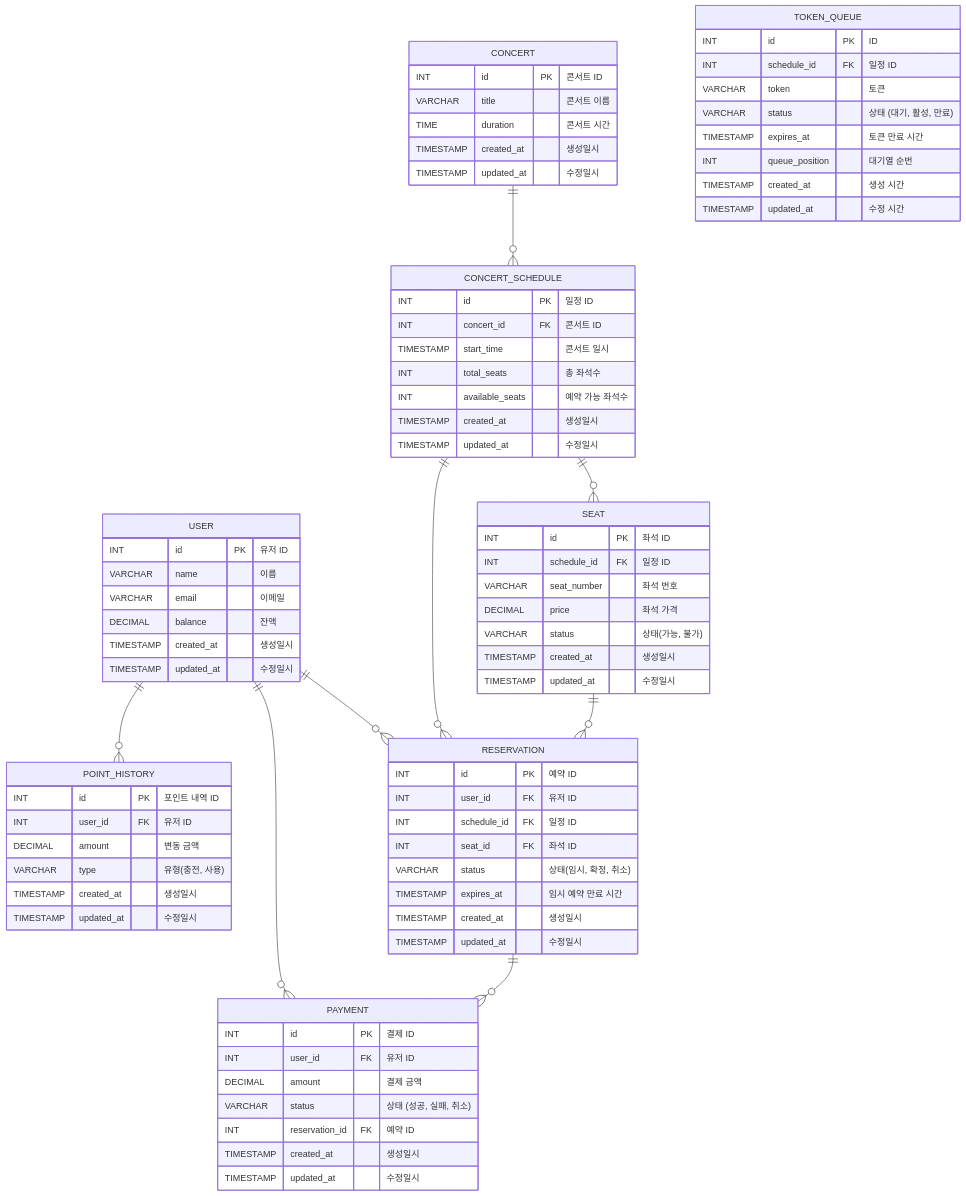
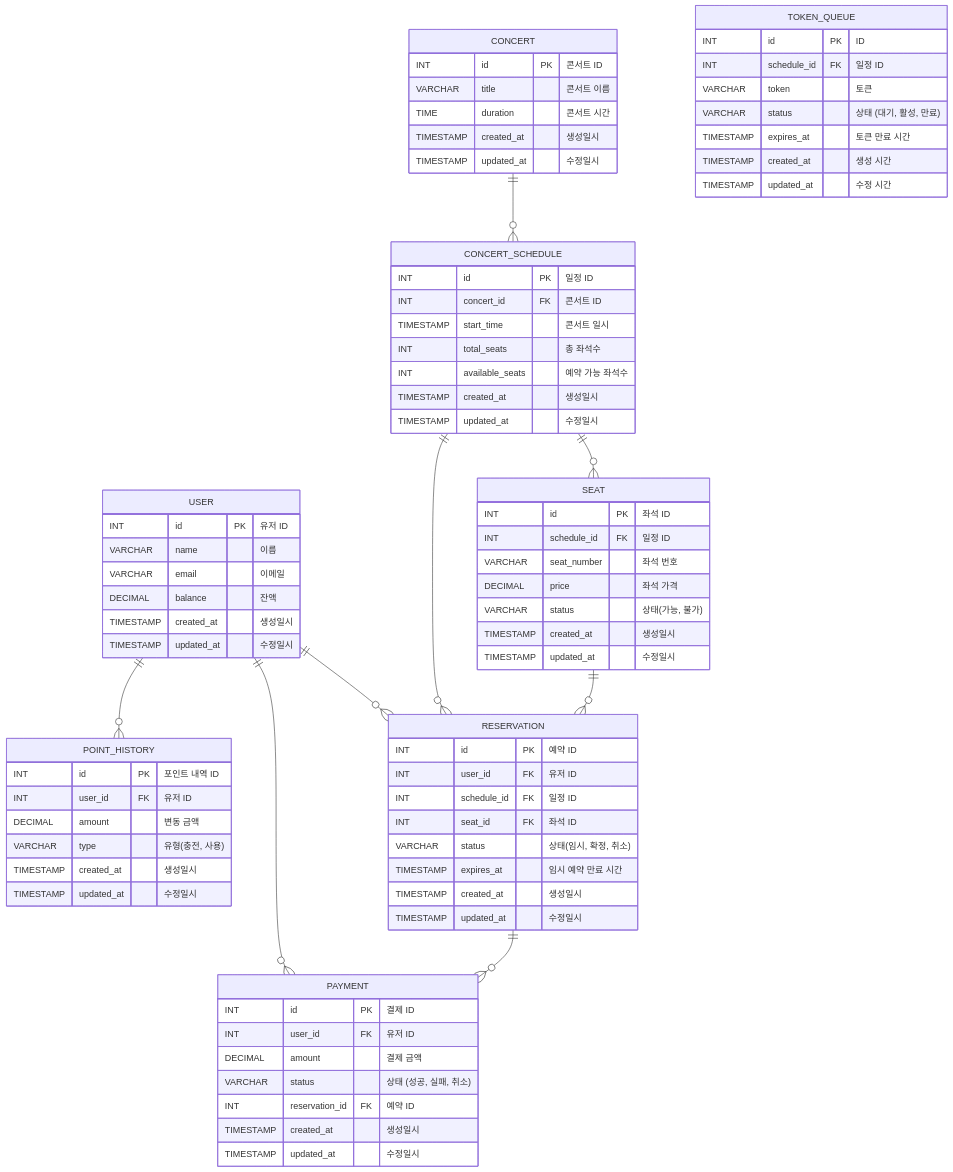
Before and after one commit to eastshine12/concert-reservation: the diagram in docs/erd.md, drawn with Mermaid. The commit also changed 16 other files, not shown here.

Commit message:
Fix: 대기열 테이블 queuePosition 필드 제거 (동시성 이슈 해결)

```diff
--- a/docs/erd.md
+++ b/docs/erd.md
@@ -77,7 +77,6 @@
         VARCHAR token "토큰"
         VARCHAR status "상태 (대기, 활성, 만료)"
         TIMESTAMP expires_at "토큰 만료 시간"
-        INT queue_position "대기열 순번"
         TIMESTAMP created_at "생성 시간"
         TIMESTAMP updated_at "수정 시간"
     }
```
